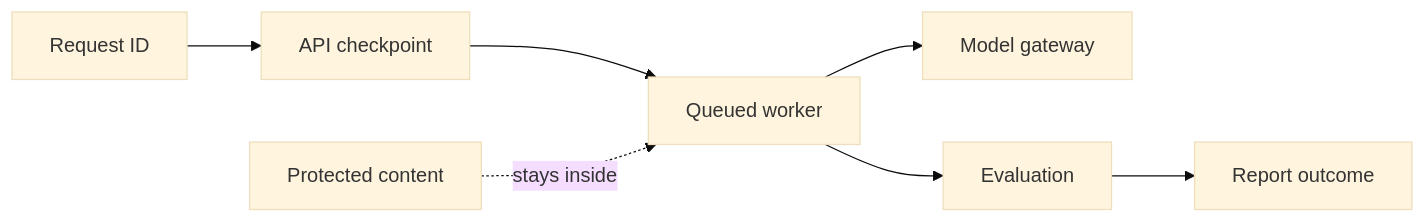
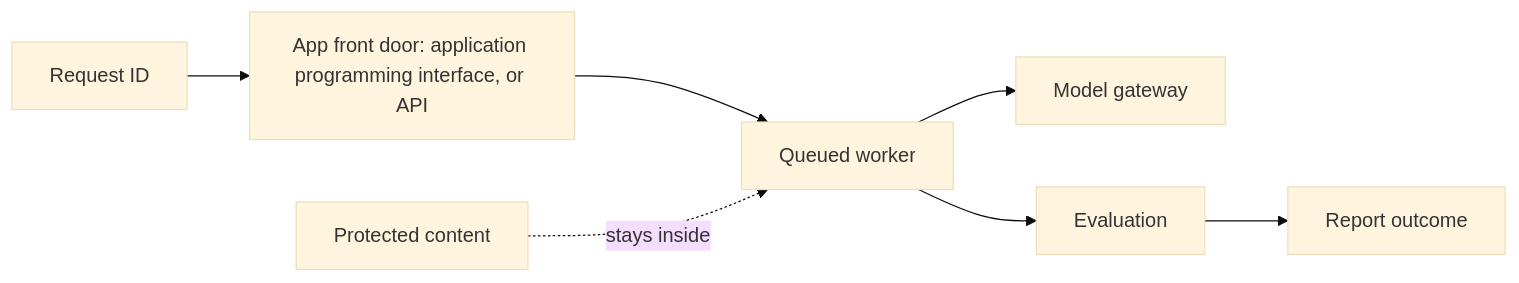
One commit to VikrantSingh01/Agentic_System_Design changed the first of 3 diagrams in modules/07-production-architecture-operations/chapters/30-observability-and-sre.md. Above: the diagram before and after it, drawn with Mermaid (base theme). The commit also changed other lines of this file and 3 other files, not shown here.

Commit message:
Improve Module 7 diagram accessibility

````diff
--- a/modules/07-production-architecture-operations/chapters/30-observability-and-sre.md
+++ b/modules/07-production-architecture-operations/chapters/30-observability-and-sre.md
@@ -27,9 +27,9 @@
 ```mermaid
 flowchart LR
-    Q[Request ID] --> A[API checkpoint]
+    Q[Request ID] --> A[App front door: application programming interface, or API]
     A --> W[Queued worker]
     W --> M[Model gateway]
     W --> E[Evaluation]
     E --> R[Report outcome]
     P[Protected content] -. stays inside .-> W
 ```
````
